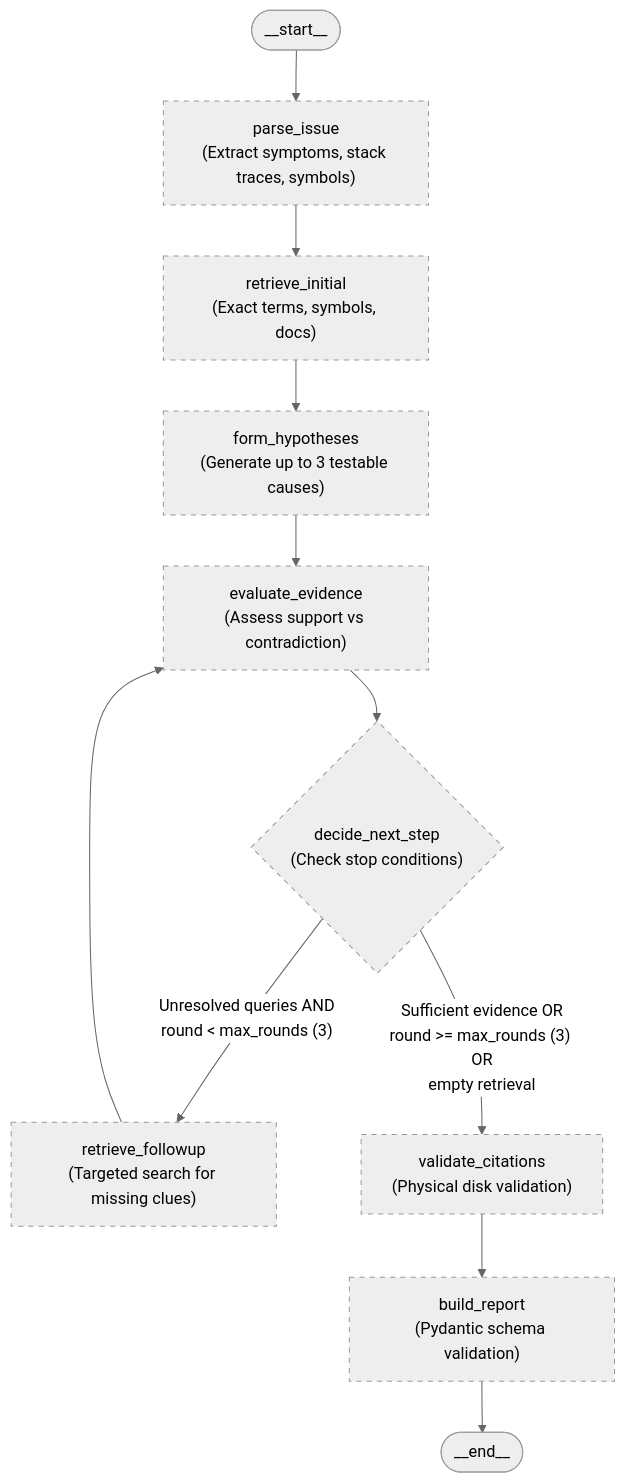
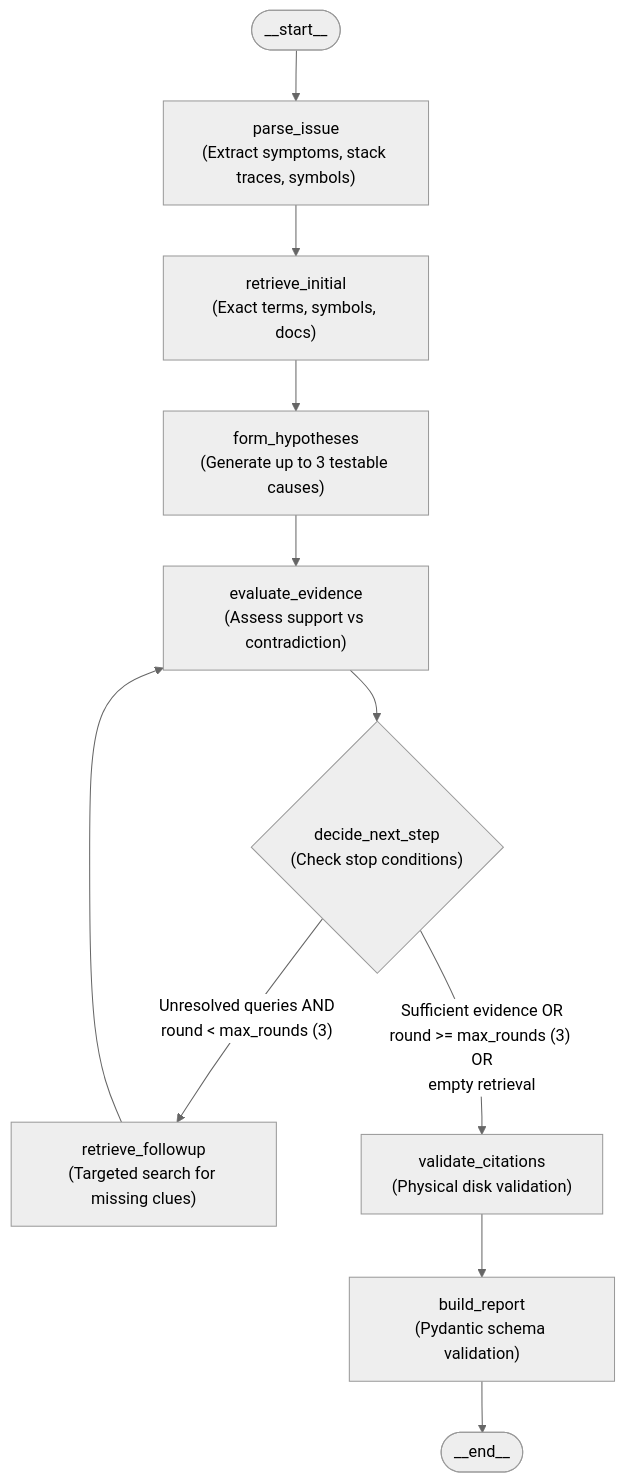
The second of 3 diagrams in docs/architecture/agent-workflow.md (vishwaskotegar/Issuelens), drawn with Mermaid (neutral theme) before and after one commit. The commit also changed other lines of this file and 23 other files, not shown here.

````diff
--- a/docs/architecture/agent-workflow.md
+++ b/docs/architecture/agent-workflow.md
@@ -73,31 +73,22 @@
 ```mermaid
 flowchart TD
     StartGraph([__start__]) --> NodeParse["parse_issue<br/>(Extract symptoms, stack traces, symbols)"]
     
     NodeParse --> NodeInitialRetrieve["retrieve_initial<br/>(Exact terms, symbols, docs)"]
     
     NodeInitialRetrieve --> NodeHypothesize["form_hypotheses<br/>(Generate up to 3 testable causes)"]
     
     NodeHypothesize --> NodeEvaluate["evaluate_evidence<br/>(Assess support vs contradiction)"]
     
     NodeEvaluate --> NodeDecide{"decide_next_step<br/>(Check stop conditions)"}
     
     NodeDecide -- "Unresolved queries AND<br/>round &lt; max_rounds (3)" --> NodeFollowup["retrieve_followup<br/>(Targeted search for missing clues)"]
     
     NodeFollowup --> NodeEvaluate
     
     NodeDecide -- "Sufficient evidence OR<br/>round &gt;= max_rounds (3) OR<br/>empty retrieval" --> NodeValidate["validate_citations<br/>(Physical disk validation)"]
     
     NodeValidate --> NodeBuildReport["build_report<br/>(Pydantic schema validation)"]
     
     NodeBuildReport --> EndGraph([__end__])
-
-    style NodeParse stroke-dasharray: 5 5
-    style NodeInitialRetrieve stroke-dasharray: 5 5
-    style NodeHypothesize stroke-dasharray: 5 5
-    style NodeEvaluate stroke-dasharray: 5 5
-    style NodeDecide stroke-dasharray: 5 5
-    style NodeFollowup stroke-dasharray: 5 5
-    style NodeValidate stroke-dasharray: 5 5
-    style NodeBuildReport stroke-dasharray: 5 5
 ```
````
